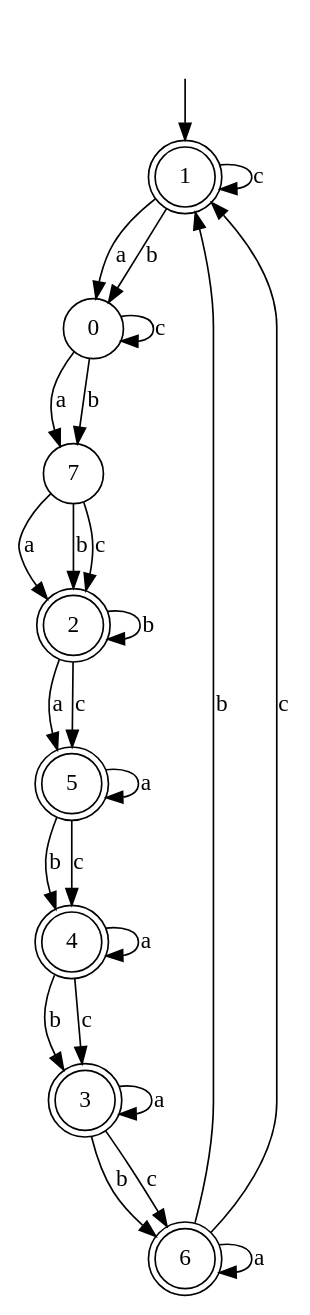
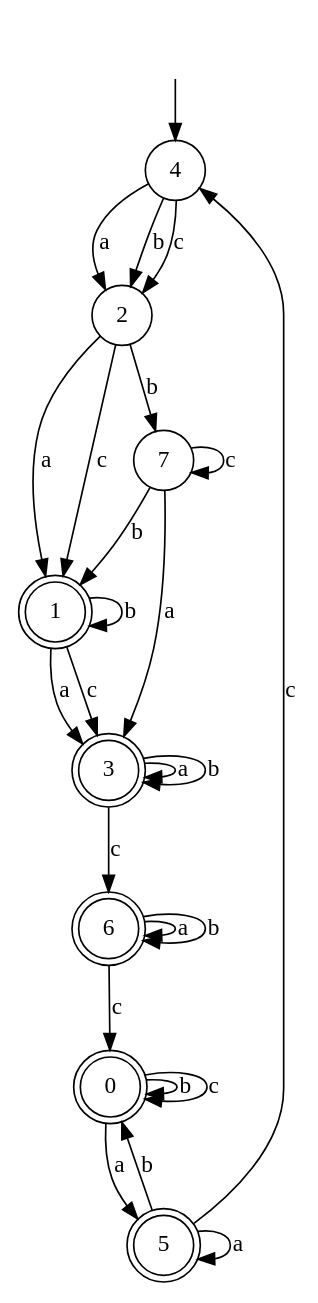
One commit to brodias/Couting-Words-for-Learning-DFAs changed the diagram in Result/Result_Heuristic_Approximation/Summary15/DFAs/Start_dfa_15_n_8_test_5.dot. Above: the diagram before and after it, drawn with Graphviz. The commit also changed 1602 other files, not shown here.

```diff
--- a/Result/Result_Heuristic_Approximation/Summary15/DFAs/Start_dfa_15_n_8_test_5.dot
+++ b/Result/Result_Heuristic_Approximation/Summary15/DFAs/Start_dfa_15_n_8_test_5.dot
@@ -1,37 +1,37 @@
 digraph g {
 __start [label=""shape=none]
+	4[shape="circle" label="4"]
+	0[shape="doublecircle" label="0"]
 	1[shape="doublecircle" label="1"]
-	0[shape="circle" label="0"]
-	2[shape="doublecircle" label="2"]
+	2[shape="circle" label="2"]
 	3[shape="doublecircle" label="3"]
-	4[shape="doublecircle" label="4"]
 	5[shape="doublecircle" label="5"]
 	6[shape="doublecircle" label="6"]
 	7[shape="circle" label="7"]
 
-__start -> 1
-	0 -> 7 [label="a"]
-	0 -> 7 [label="b"]
+__start -> 4
+	0 -> 5 [label="a"]
+	0 -> 0 [label="b"]
 	0 -> 0 [label="c"]
-	1 -> 0 [label="a"]
-	1 -> 0 [label="b"]
-	1 -> 1 [label="c"]
-	2 -> 5 [label="a"]
-	2 -> 2 [label="b"]
-	2 -> 5 [label="c"]
+	1 -> 3 [label="a"]
+	1 -> 1 [label="b"]
+	1 -> 3 [label="c"]
+	2 -> 1 [label="a"]
+	2 -> 7 [label="b"]
+	2 -> 1 [label="c"]
 	3 -> 3 [label="a"]
-	3 -> 6 [label="b"]
+	3 -> 3 [label="b"]
 	3 -> 6 [label="c"]
-	4 -> 4 [label="a"]
-	4 -> 3 [label="b"]
-	4 -> 3 [label="c"]
+	4 -> 2 [label="a"]
+	4 -> 2 [label="b"]
+	4 -> 2 [label="c"]
 	5 -> 5 [label="a"]
-	5 -> 4 [label="b"]
+	5 -> 0 [label="b"]
 	5 -> 4 [label="c"]
 	6 -> 6 [label="a"]
-	6 -> 1 [label="b"]
-	6 -> 1 [label="c"]
-	7 -> 2 [label="a"]
-	7 -> 2 [label="b"]
-	7 -> 2 [label="c"]
+	6 -> 6 [label="b"]
+	6 -> 0 [label="c"]
+	7 -> 3 [label="a"]
+	7 -> 1 [label="b"]
+	7 -> 7 [label="c"]
 }
```
